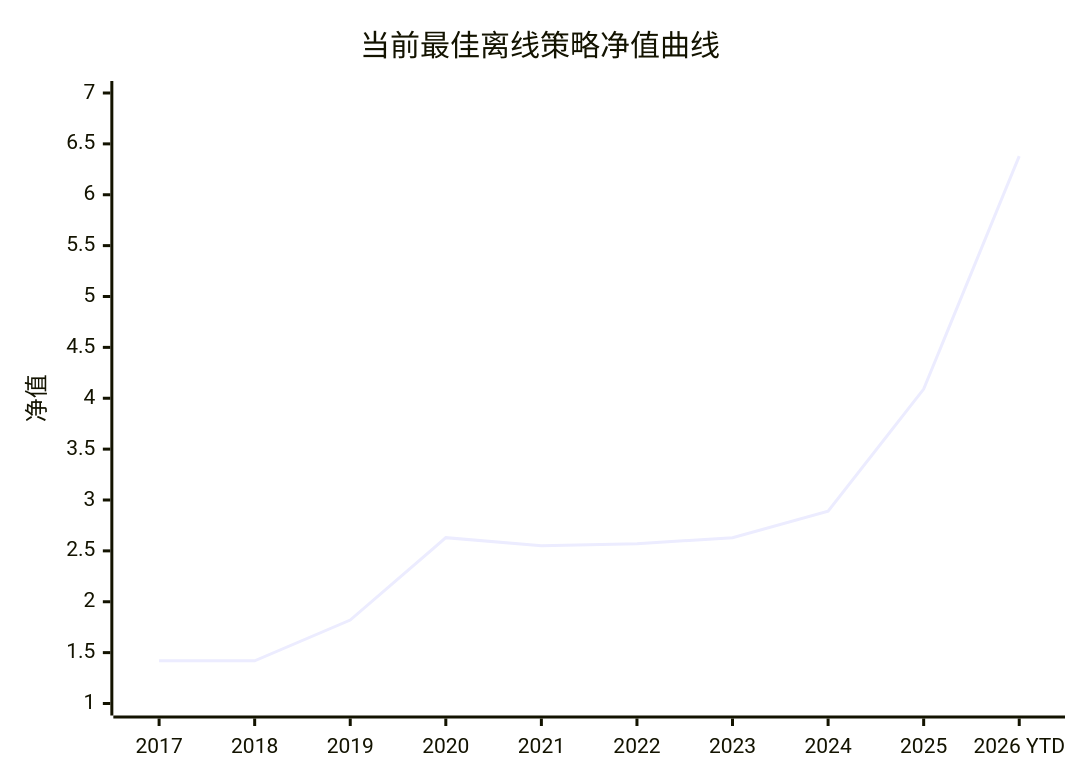
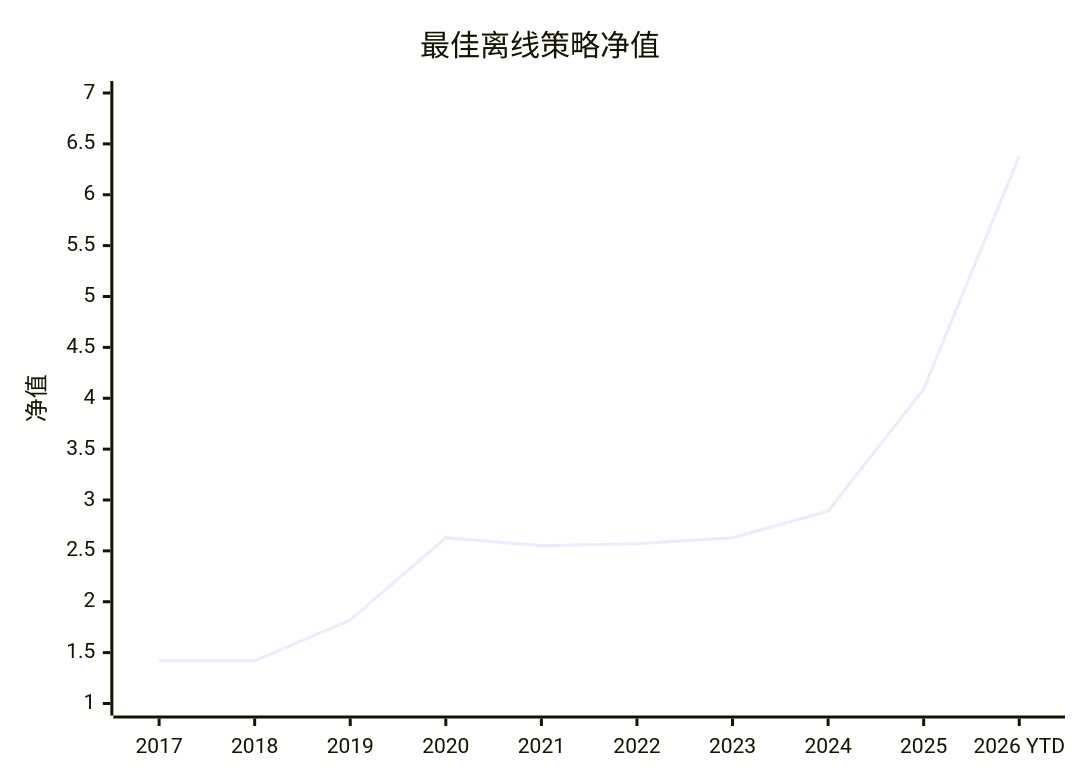
Before and after one commit to RickyW0529/Margin: the diagram in README.zh-CN.md, drawn with Mermaid. The commit also changed other lines of this file and 29 other files, not shown here.

````diff
--- a/README.zh-CN.md
+++ b/README.zh-CN.md
@@ -63,7 +39,7 @@
 ```mermaid
 xychart-beta
-    title "当前最佳离线策略净值曲线"
+    title "最佳离线策略净值"
     x-axis ["2017", "2018", "2019", "2020", "2021", "2022", "2023", "2024", "2025", "2026 YTD"]
     y-axis "净值" 1 --> 7
     line [1.42, 1.42, 1.82, 2.63, 2.55, 2.57, 2.63, 2.89, 4.09, 6.38]
 ```
````
